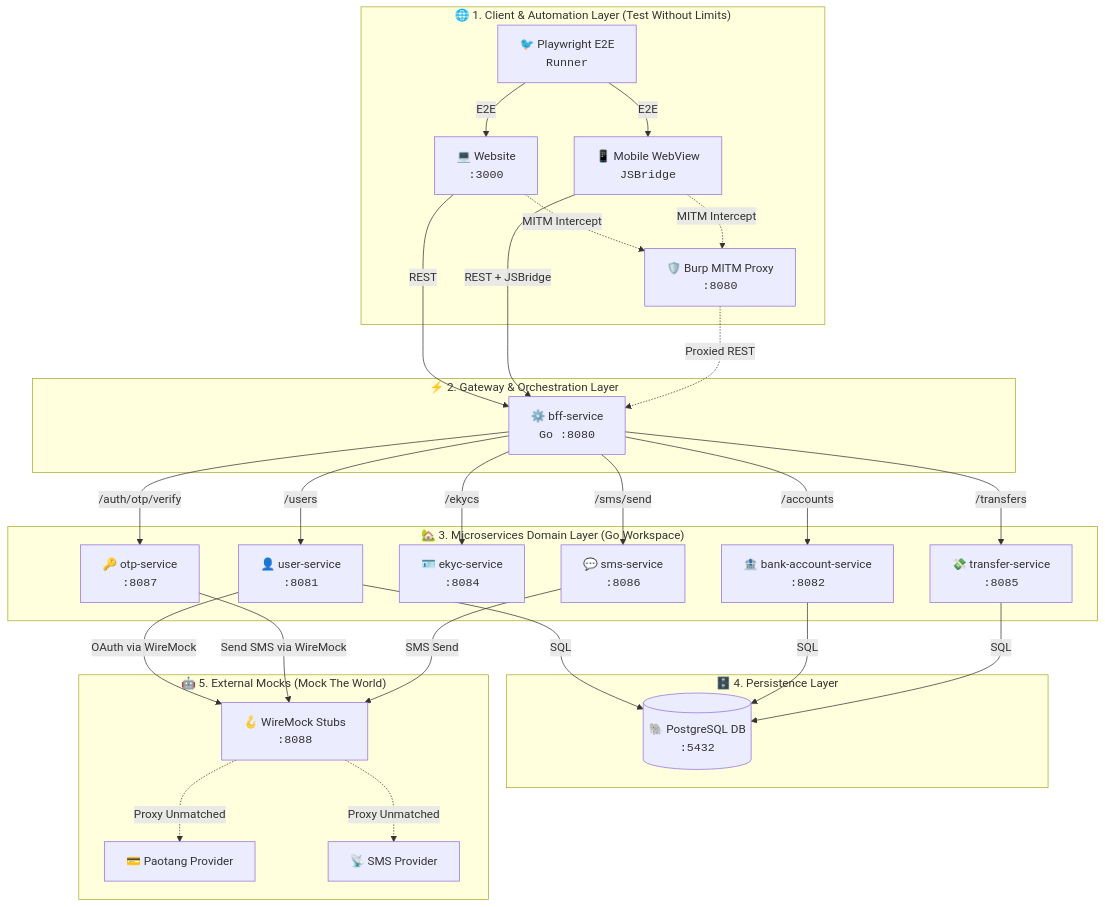
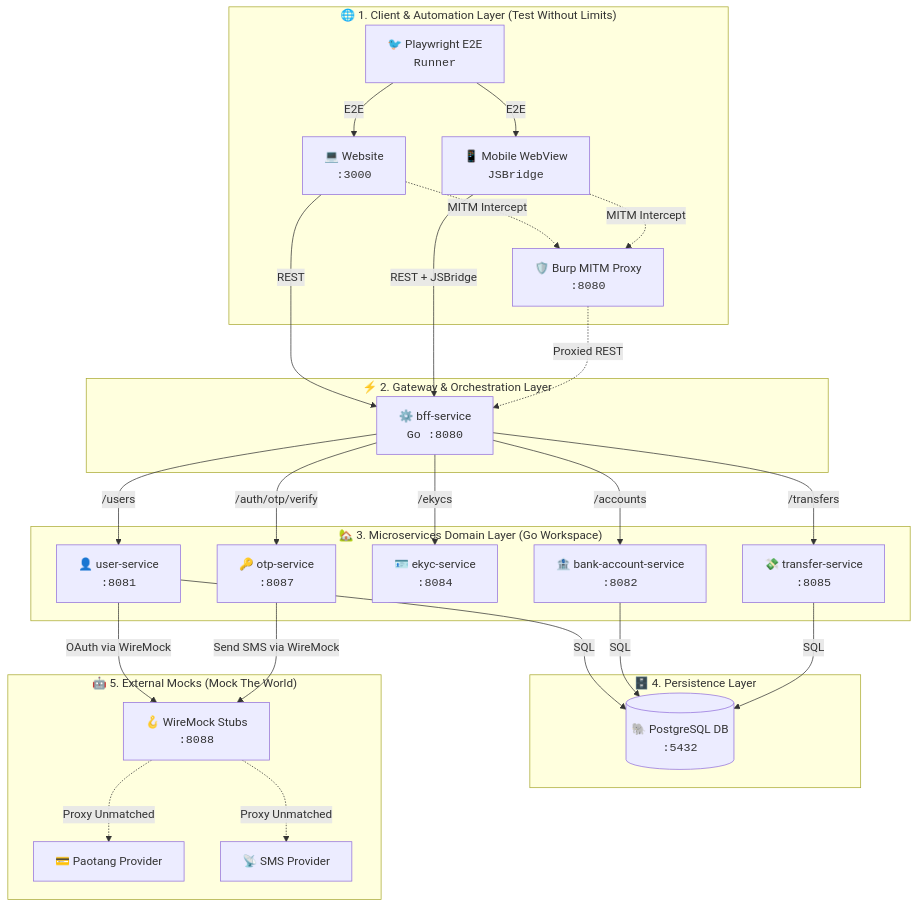
One commit to SiwakornSitti/ultra-smoooooth-testing changed the first of 2 diagrams in slides/slides.md. Above: the diagram before and after it, drawn with Mermaid. The commit also changed 14 other files, not shown here.

Commit message:
refactor: remove sms-service container and update OTP Service to route SMS delivery to SMS Provider via WireMock

````diff
--- a/slides/slides.md
+++ b/slides/slides.md
@@ -92,57 +92,54 @@
 ```mermaid
 flowchart TD
     subgraph Clients["🌐 1. Client & Automation Layer (Test Without Limits)"]
         Website["💻 Website<br/><code>:3000</code>"]
         BridgeWebsite["📱 Mobile WebView<br/><code>JSBridge</code>"]
         Playwright["🐦 Playwright E2E<br/><code>Runner</code>"]
         Burp["🛡️ Burp MITM Proxy<br/><code>:8080</code>"]
     end
 
     subgraph API_Gateway["⚡ 2. Gateway & Orchestration Layer"]
         BFF["⚙️ bff-service<br/><code>Go :8080</code>"]
     end
 
     subgraph Core_Services["🏡 3. Microservices Domain Layer (Go Workspace)"]
         UserService["👤 user-service<br/><code>:8081</code>"]
         BankService["🏦 bank-account-service<br/><code>:8082</code>"]
         EKYCService["🪪 ekyc-service<br/><code>:8084</code>"]
         TransferService["💸 transfer-service<br/><code>:8085</code>"]
-        SMSService["💬 sms-service<br/><code>:8086</code>"]
         OTPService["🔑 otp-service<br/><code>:8087</code>"]
     end
 
     subgraph Persistence["🗄️ 4. Persistence Layer"]
         DB[("🐘 PostgreSQL DB<br/><code>:5432</code>")]
     end
 
     subgraph External_Mocks["🤖 5. External Mocks (Mock The World)"]
         WireMock["🪝 WireMock Stubs<br/><code>:8088</code>"]
         PaotangProvider["💳 Paotang Provider"]
         SMSProvider["📡 SMS Provider"]
     end
 
     Website -->|REST| BFF
     BridgeWebsite -->|REST + JSBridge| BFF
     Playwright -->|E2E| Website
     Playwright -->|E2E| BridgeWebsite
     Website -.->|MITM Intercept| Burp
     BridgeWebsite -.->|MITM Intercept| Burp
     Burp -.->|Proxied REST| BFF
 
     BFF -->|/users| UserService
     BFF -->|/accounts| BankService
     BFF -->|/ekycs| EKYCService
     BFF -->|/transfers| TransferService
-    BFF -->|/sms/send| SMSService
     BFF -->|/auth/otp/verify| OTPService
 
     UserService -->|SQL| DB
     BankService -->|SQL| DB
     TransferService -->|SQL| DB
 
     UserService -->|OAuth via WireMock| WireMock
     OTPService -->|Send SMS via WireMock| WireMock
-    SMSService -->|SMS Send| WireMock
     WireMock -.->|Proxy Unmatched| PaotangProvider
     WireMock -.->|Proxy Unmatched| SMSProvider
 ```
````
